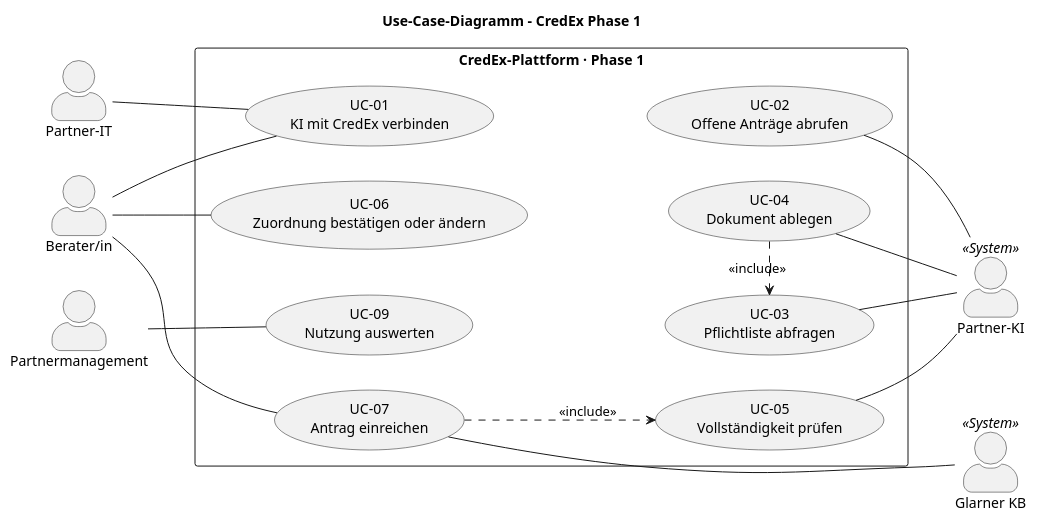
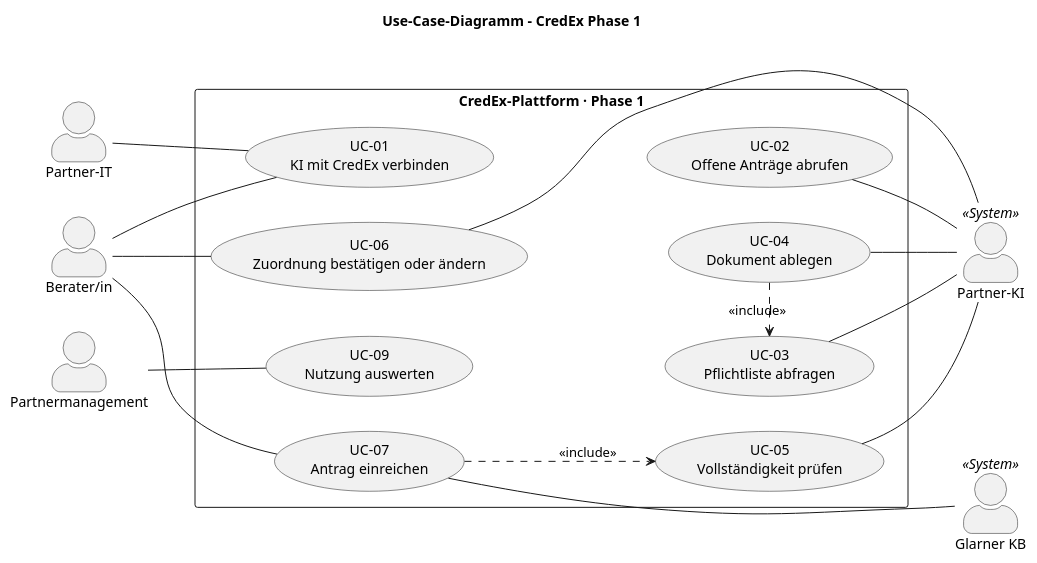
One commit to chocobear26/credex-cas changed the diagram in content/use_case/useCaseDiagram.puml. Above: the diagram before and after it, drawn with PlantUML. The commit also changed 121 other files, not shown here.

```diff
--- a/content/use_case/useCaseDiagram.puml
+++ b/content/use_case/useCaseDiagram.puml
@@ -1,49 +1,50 @@
 @startuml UseCaseDiagramm
 left to right direction
 skinparam actorStyle awesome
 skinparam packageStyle rectangle
 
 title Use-Case-Diagramm – CredEx Phase 1
 
 ' --- Primäre Akteure (links)
 actor "Partner-IT" as partnerIt
 actor "Berater/in" as berater
 actor "Partnermanagement" as pm
 
 ' --- System-Akteure (rechts)
 actor "Partner-KI" as ki <<System>>
 actor "Glarner KB" as glkb <<System>>
 
 rectangle "CredEx-Plattform · Phase 1" {
   usecase "UC-01\nKI mit CredEx verbinden" as UC01
   usecase "UC-06\nZuordnung bestätigen oder ändern" as UC06
   usecase "UC-07\nAntrag einreichen" as UC07
   usecase "UC-09\nNutzung auswerten" as UC09
   usecase "UC-02\nOffene Anträge abrufen" as UC02
   usecase "UC-03\nPflichtliste abfragen" as UC03
   usecase "UC-04\nDokument ablegen" as UC04
   usecase "UC-05\nVollständigkeit prüfen" as UC05
 }
 
 partnerIt -- UC01
 berater -- UC01
 berater -- UC06
 berater -- UC07
 pm -- UC09
 
 ' Spalte 2: Werkzeuge der Partner-KI (hidden: nur Layout)
 UC01 -[hidden]- UC02
 UC06 -[hidden]- UC04
 UC09 -[hidden]- UC03
 
 UC04 .> UC03 : <<include>>
 UC07 ..> UC05 : <<include>>
 
 UC02 -- ki
 UC03 -- ki
 UC04 -- ki
 UC05 -- ki
+UC06 -- ki
 UC05 -[hidden]- glkb
 UC07 -- glkb
 
 @enduml
```
